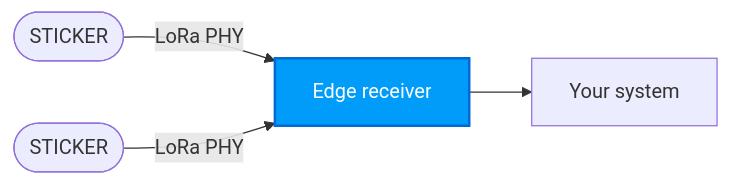
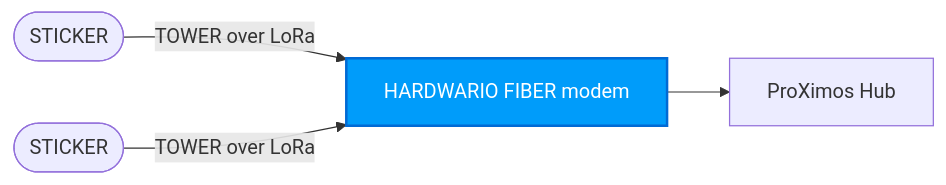
One commit to hardwario/website-hardwario-docs changed the diagram in i18n/cs/docusaurus-plugin-content-docs-sticker/current/connectivity/lora-p2p.md. Above: the diagram before and after it, drawn with Mermaid. The commit also changed other lines of this file and 70 other files, not shown here.

````diff
--- a/i18n/cs/docusaurus-plugin-content-docs-sticker/current/connectivity/lora-p2p.md
+++ b/i18n/cs/docusaurus-plugin-content-docs-sticker/current/connectivity/lora-p2p.md
@@ -30,8 +28,8 @@
 ```mermaid
 flowchart LR
-  S1([STICKER]) -->|LoRa PHY| RX[Edge receiver]
-  S2([STICKER]) -->|LoRa PHY| RX
-  RX --> Backend[Your system]
+  S1([STICKER]) -->|TOWER over LoRa| GW[HARDWARIO FIBER modem]
+  S2([STICKER]) -->|TOWER over LoRa| GW
+  GW --> HUB[ProXimos Hub]
   classDef hero fill:#009cfa,stroke:#016ad4,stroke-width:2px,color:#ffffff;
-  class RX hero;
+  class GW hero;
 ```
````
